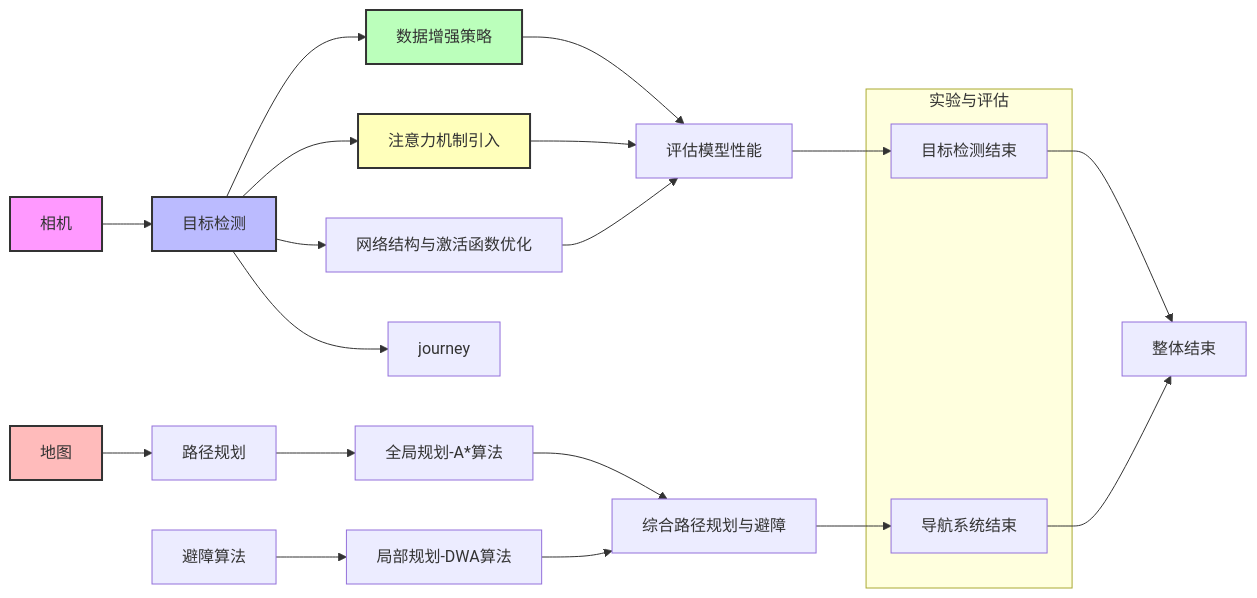
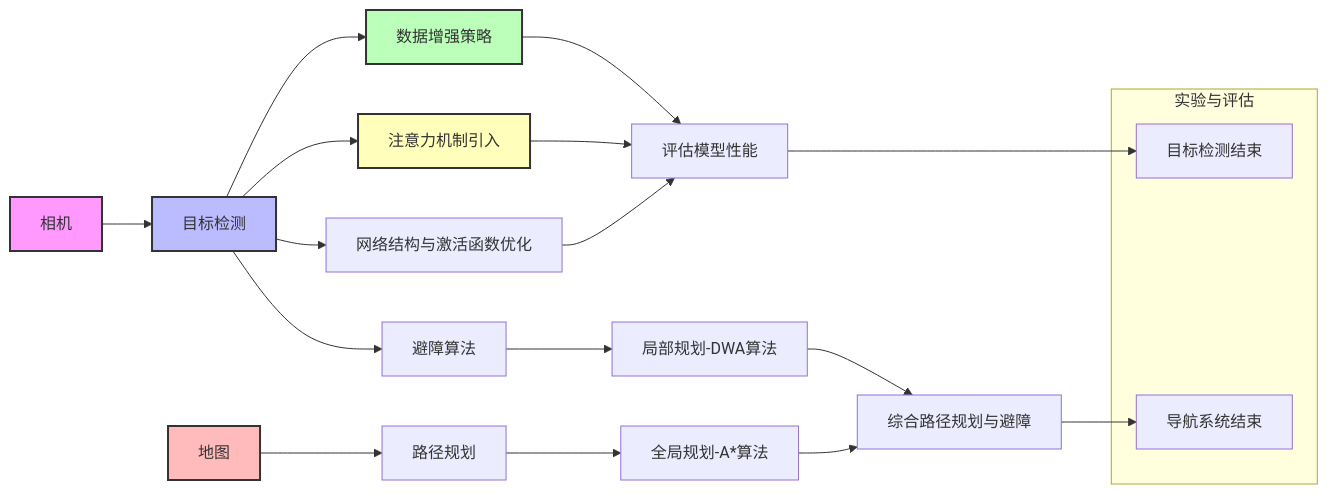
One commit to 1831380633/iodraw-files changed the diagram in all/未命名-1.md. Above: the diagram before and after it, drawn with Mermaid.

Commit message:
2024-12-18 15:00:41 update

````diff
--- a/all/未命名-1.md
+++ b/all/未命名-1.md
@@ -1,38 +1,37 @@
 ```mermaid
 graph LR
     style A fill:#f9f,stroke:#333,stroke-width:2px
     style B fill:#bbf,stroke:#333,stroke-width:2px
     style C fill:#fbb,stroke:#333,stroke-width:2px
     style D fill:#bfb,stroke:#333,stroke-width:2px
     style E fill:#ffb,stroke:#333,stroke-width:2px
 
     A[相机] --> B[目标检测]
     
     C[地图]
     
     B --> D[数据增强策略]
     B --> E[注意力机制引入]
     B --> F[网络结构与激活函数优化]
     D --> G[评估模型性能]
     E --> G
     F --> G
     G --> H[目标检测结束]
     
     C --> I[路径规划]
 
     I --> K[全局规划-A*算法]
     J[避障算法] --> L[局部规划-DWA算法]
 
     K --> M[综合路径规划与避障]
     L --> M
     M --> N[导航系统结束]
     
-    H --> O[整体结束]
-    N --> O
-    B --> journey
+
+    B --> J
     subgraph 实验与评估
         H
         N
     end
 
 ```
````
